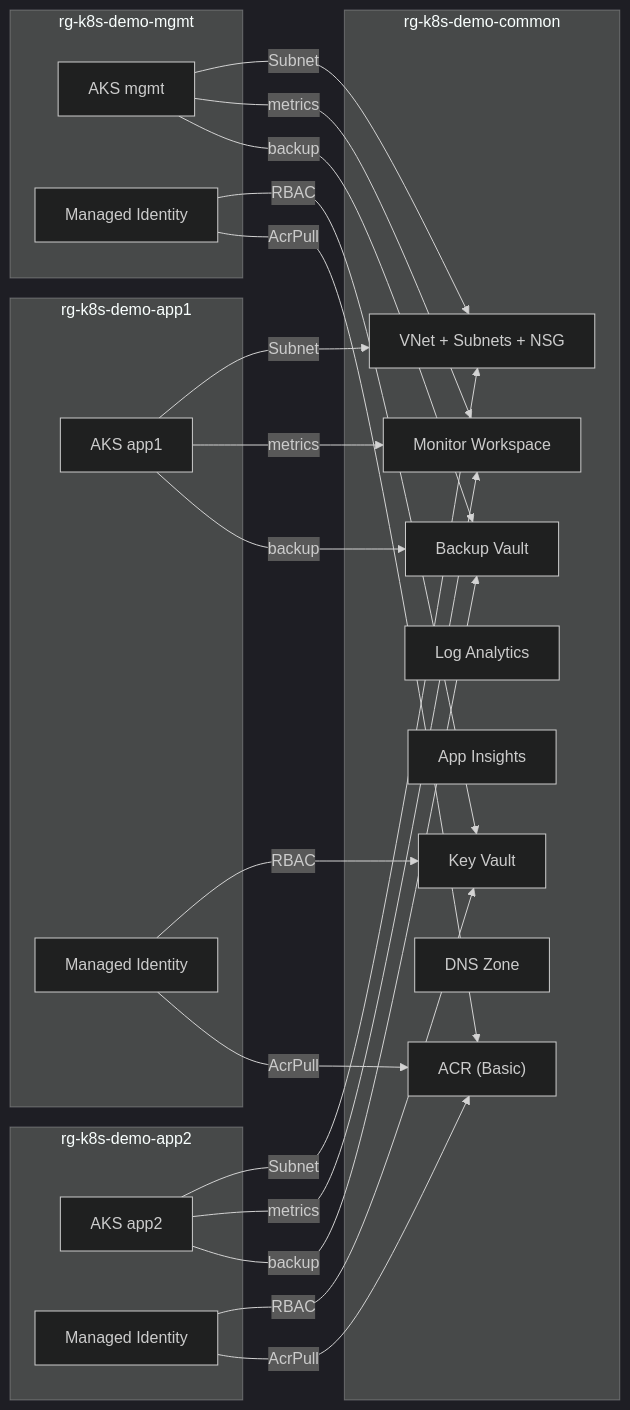
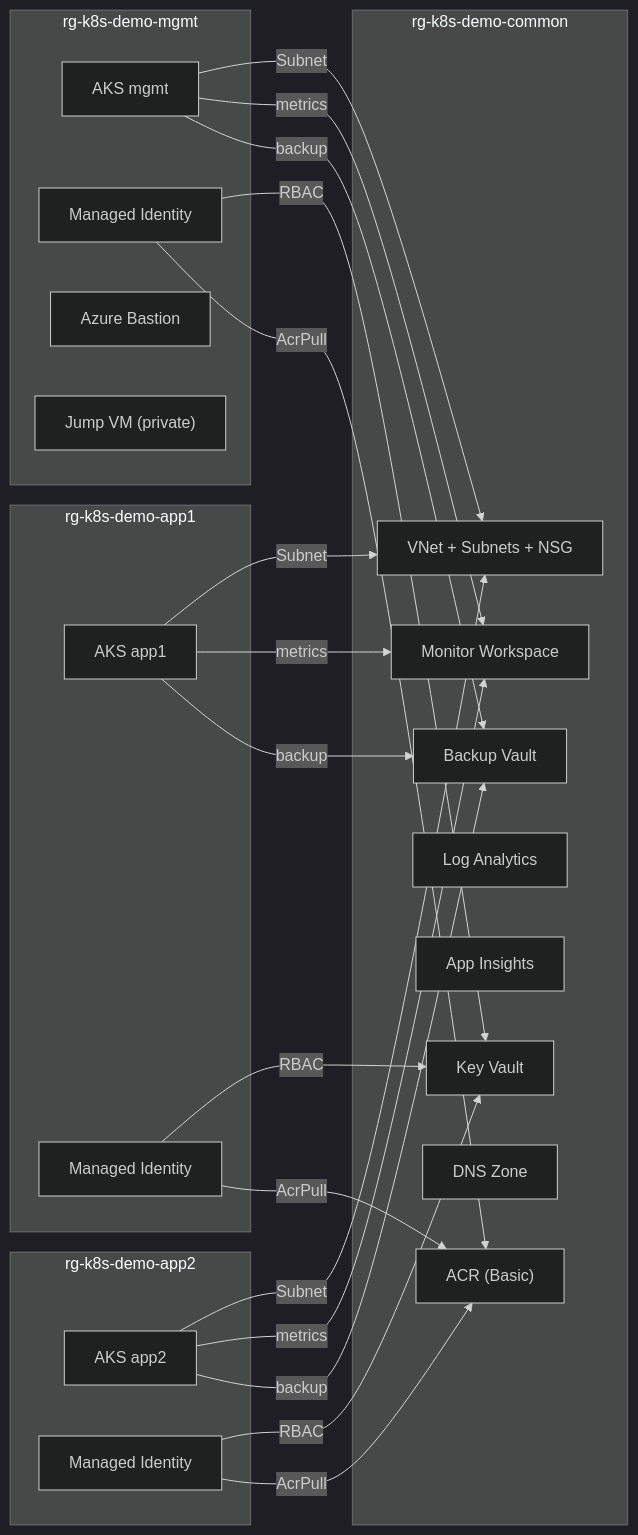
The second of 22 diagrams in document/azure/DIAGRAMS.md (bocopile/azure-k8s-terraform), drawn with Mermaid (dark theme) before and after one commit. The commit also changed other lines of this file, not shown here.

First line of the commit message:
docs: DIAGRAMS.md 전면 재작성 및 다이어그램 정합성 수정

````diff
--- a/document/azure/DIAGRAMS.md
+++ b/document/azure/DIAGRAMS.md
@@ -113,48 +127,50 @@
 ```mermaid
 graph LR
     subgraph rg-common["rg-k8s-demo-common"]
         VNet["VNet + Subnets + NSG"]
         KV["Key Vault"]
         MON["Monitor Workspace"]
         LAW["Log Analytics"]
         AI["App Insights"]
         BV["Backup Vault"]
         DNS["DNS Zone"]
         ACR["ACR (Basic)"]
     end
 
     subgraph rg-mgmt["rg-k8s-demo-mgmt"]
         AKS_M["AKS mgmt"]
         MI_M["Managed Identity"]
+        BAST["Azure Bastion"]
+        JVM["Jump VM (private)"]
     end
 
     subgraph rg-app1["rg-k8s-demo-app1"]
         AKS_A1["AKS app1"]
         MI_A1["Managed Identity"]
     end
 
     subgraph rg-app2["rg-k8s-demo-app2"]
         AKS_A2["AKS app2"]
         MI_A2["Managed Identity"]
     end
 
     AKS_M -->|Subnet| VNet
     AKS_A1 -->|Subnet| VNet
     AKS_A2 -->|Subnet| VNet
 
     MI_M -->|RBAC| KV
     MI_A1 -->|RBAC| KV
     MI_A2 -->|RBAC| KV
 
     AKS_M -->|metrics| MON
     AKS_A1 -->|metrics| MON
     AKS_A2 -->|metrics| MON
 
     AKS_M -->|backup| BV
     AKS_A1 -->|backup| BV
     AKS_A2 -->|backup| BV
 
     MI_M -->|AcrPull| ACR
     MI_A1 -->|AcrPull| ACR
     MI_A2 -->|AcrPull| ACR
 ```
````
